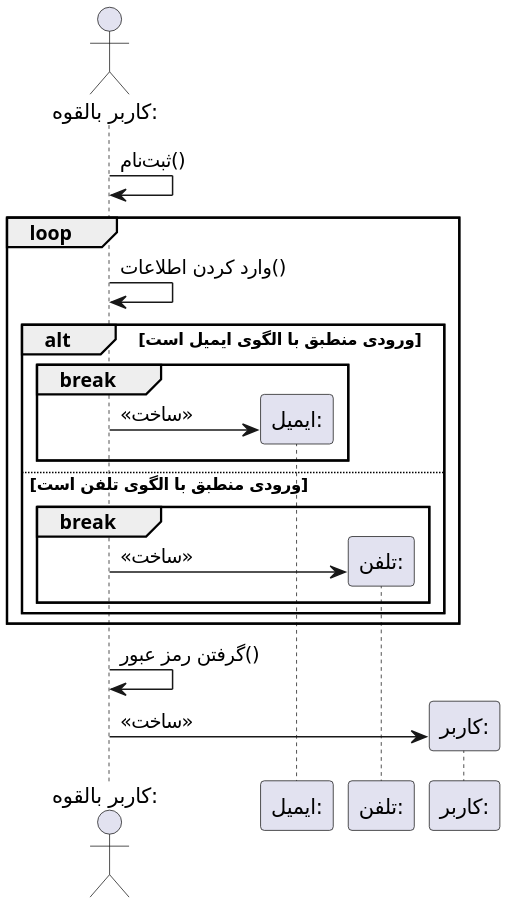
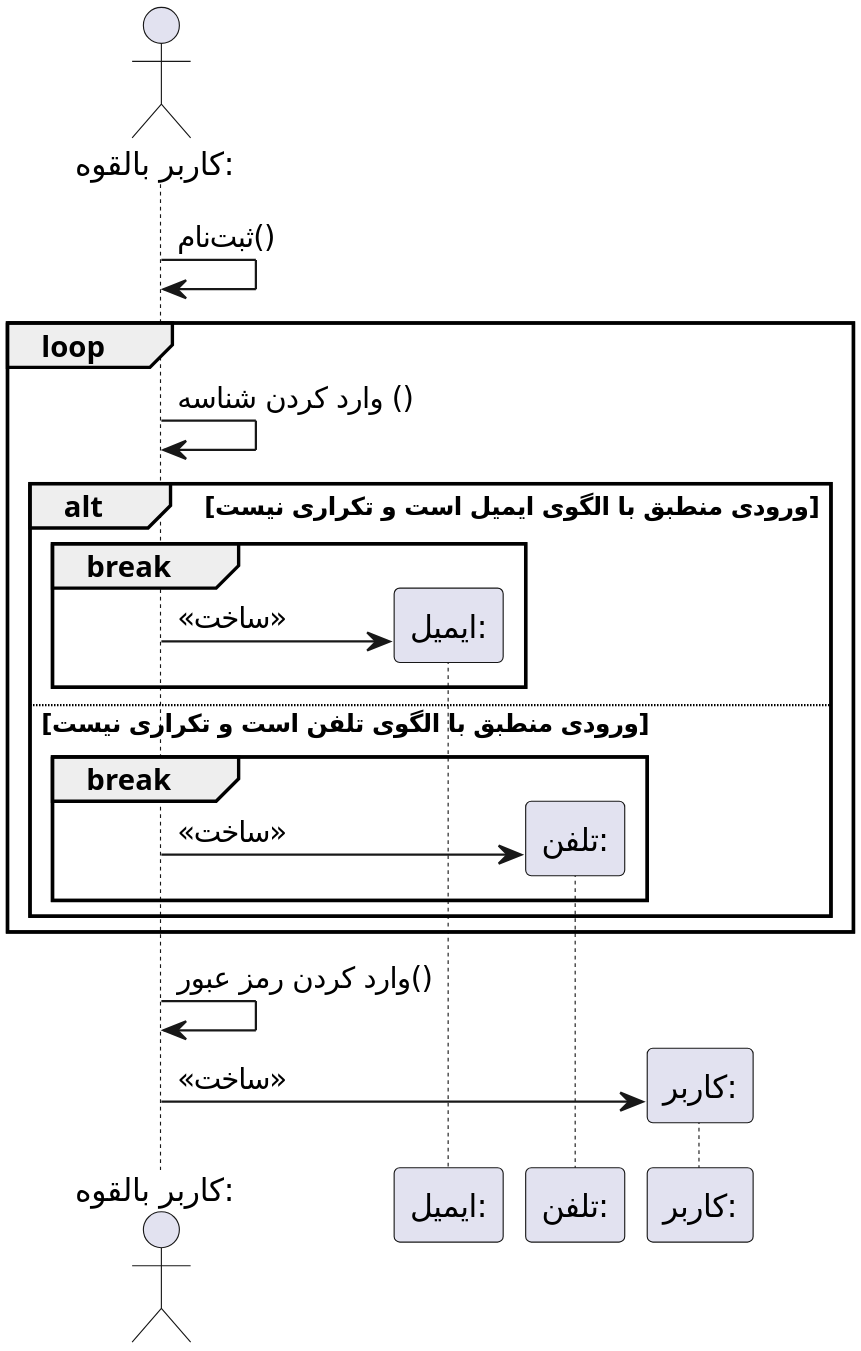
Before and after one commit to soleyman79/Qasedak: the diagram in Diagrams/Sequence/Signup.puml, drawn with PlantUML. The commit also changed 20 other files, not shown here.

```diff
--- a/Diagrams/Sequence/Signup.puml
+++ b/Diagrams/Sequence/Signup.puml
@@ -1,34 +1,34 @@
 @startuml signup
 
 
-scale 2
+scale 3
 skinparam ActorFontName B Nazanin
 skinparam ParticipantFontName B Nazanin
 skinparam DefaultFontName B Nazanin
 skinparam SequenceGroupHeaderFontName Arial
 skinparam DefaultTextAlignment left
 
  
 actor "کاربر بالقوه:" as potential_user
 participant "ایمیل:" as email
 participant "تلفن:" as phone
 participant "کاربر:" as user
 
 potential_user -> potential_user : ثبت‌نام()
 loop
-    potential_user -> potential_user: وارد کردن اطلاعات()
-    alt ورودی منطبق با الگوی ایمیل است
+    potential_user -> potential_user: وارد کردن شناسه ()
+    alt ورودی منطبق با الگوی ایمیل است و تکراری نیست
         break
             potential_user -> email ** : «ساخت»
         end
-    else ورودی منطبق با الگوی تلفن است
+    else ورودی منطبق با الگوی تلفن است و تکراری نیست
         break
             potential_user -> phone ** : «ساخت»
         end
     end
 end
-potential_user -> potential_user : گرفتن رمز عبور()
+potential_user -> potential_user : وارد کردن رمز عبور()
 potential_user -> user ** : «ساخت»
 
 
 @enduml
```
